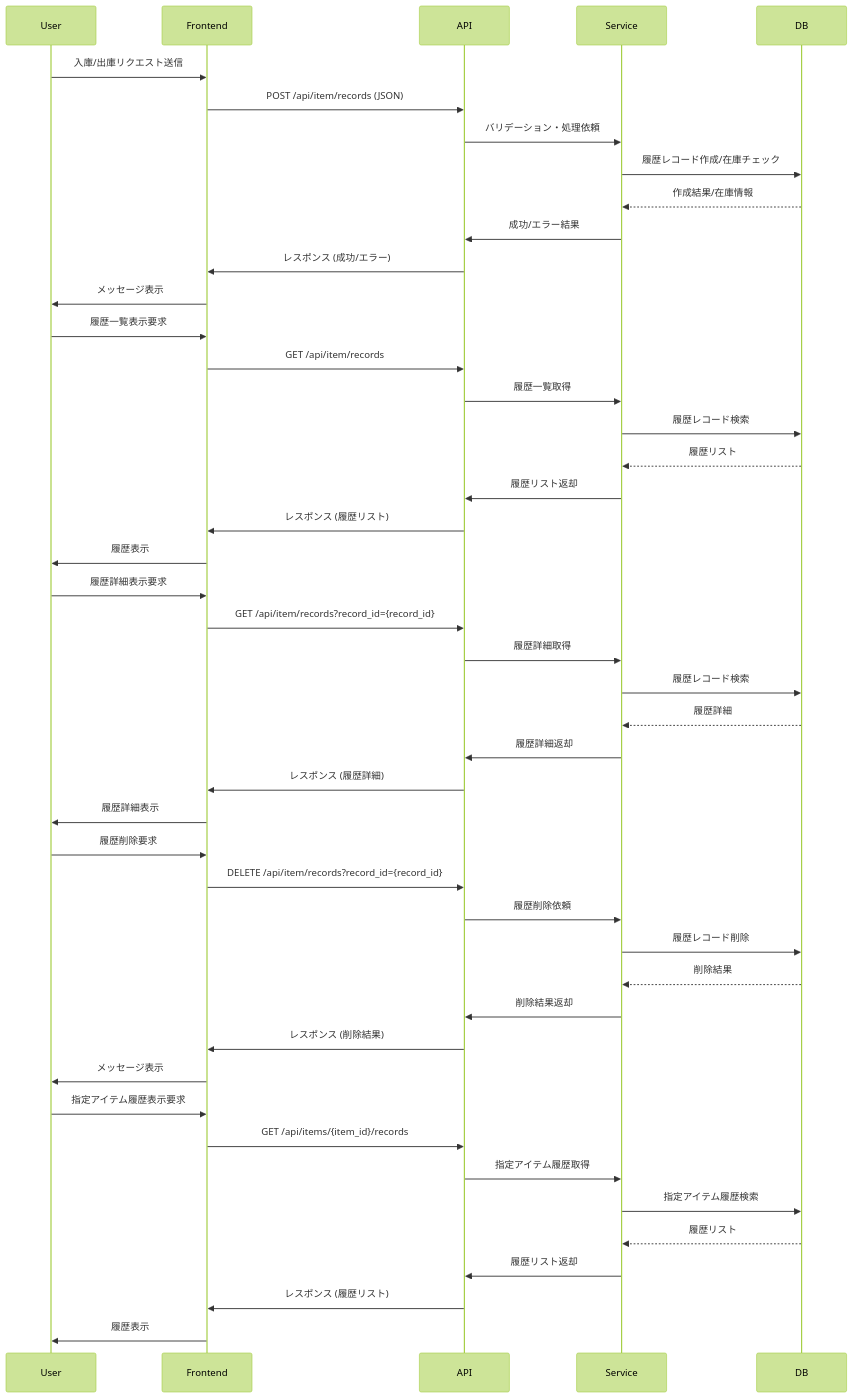
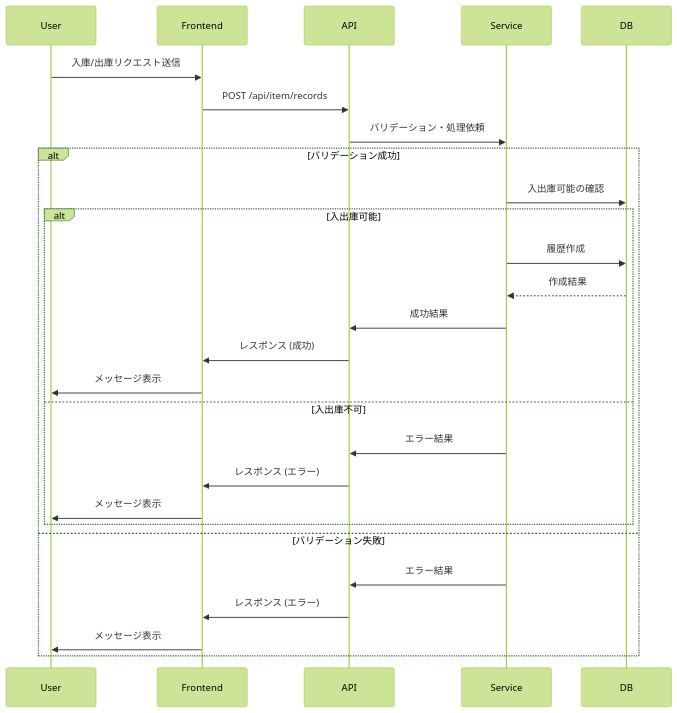
Before and after one commit to haya790315/inventory-app: the first of 6 diagrams in app-info/sequence(stocking).md, drawn with Mermaid (forest theme). The commit also changed other lines of this file, not shown here.

Commit message:
シーケンス図更新

````diff
--- a/app-info/sequence(stocking).md
+++ b/app-info/sequence(stocking).md
@@ -3,59 +4,31 @@
 ```mermaid
 sequenceDiagram
-    participant User
-    participant Frontend
-    participant API
-    participant Service
-    participant DB
+  %% 履歴作成
+  participant User as User
+  participant Frontend as Frontend
+  participant API as API
+  participant Service as Service
+  participant DB as DB
 
-    %% アイテム履歴作成（入庫/出庫）
-    User->>Frontend: 入庫/出庫リクエスト送信
-    Frontend->>API: POST /api/item/records (JSON)
-    API->>Service: バリデーション・処理依頼
-    Service->>DB: 履歴レコード作成/在庫チェック
-    DB-->>Service: 作成結果/在庫情報
-    Service->>API: 成功/エラー結果
-    API->>Frontend: レスポンス (成功/エラー)
-    Frontend->>User: メッセージ表示
-
-    %% 履歴リスト取得
-    User->>Frontend: 履歴一覧表示要求
-    Frontend->>API: GET /api/item/records
-    API->>Service: 履歴一覧取得
-    Service->>DB: 履歴レコード検索
-    DB-->>Service: 履歴リスト
-    Service->>API: 履歴リスト返却
-    API->>Frontend: レスポンス (履歴リスト)
-    Frontend->>User: 履歴表示
-
-    %% 単体履歴取得
-    User->>Frontend: 履歴詳細表示要求
-    Frontend->>API: GET /api/item/records?record_id={record_id}
-    API->>Service: 履歴詳細取得
-    Service->>DB: 履歴レコード検索
-    DB-->>Service: 履歴詳細
-    Service->>API: 履歴詳細返却
-    API->>Frontend: レスポンス (履歴詳細)
-    Frontend->>User: 履歴詳細表示
-
-    %% 履歴削除
-    User->>Frontend: 履歴削除要求
-    Frontend->>API: DELETE /api/item/records?record_id={record_id}
-    API->>Service: 履歴削除依頼
-    Service->>DB: 履歴レコード削除
-    DB-->>Service: 削除結果
-    Service->>API: 削除結果返却
-    API->>Frontend: レスポンス (削除結果)
-    Frontend->>User: メッセージ表示
-
-    %% 指定アイテムの全履歴取得
-    User->>Frontend: 指定アイテム履歴表示要求
-    Frontend->>API: GET /api/items/{item_id}/records
-    API->>Service: 指定アイテム履歴取得
-    Service->>DB: 指定アイテム履歴検索
-    DB-->>Service: 履歴リスト
-    Service->>API: 履歴リスト返却
-    API->>Frontend: レスポンス (履歴リスト)
-    Frontend->>User: 履歴表示
-
+  User ->> Frontend: 入庫/出庫リクエスト送信
+  Frontend ->> API: POST /api/item/records
+  API ->> Service: バリデーション・処理依頼
+  alt バリデーション成功
+    Service ->> DB: 入出庫可能の確認
+    alt 入出庫可能
+        Service ->> DB: 履歴作成
+        DB -->> Service: 作成結果
+        Service ->> API: 成功結果
+        API ->> Frontend: レスポンス (成功)
+        Frontend ->> User: メッセージ表示
+    else 入出庫不可
+        Service ->> API: エラー結果
+        API ->> Frontend: レスポンス (エラー)
+        Frontend ->> User: メッセージ表示
+    end
+  else バリデーション失敗
+    Service ->> API: エラー結果
+    API ->> Frontend: レスポンス (エラー)
+    Frontend ->> User: メッセージ表示
+  end
 ```
````
